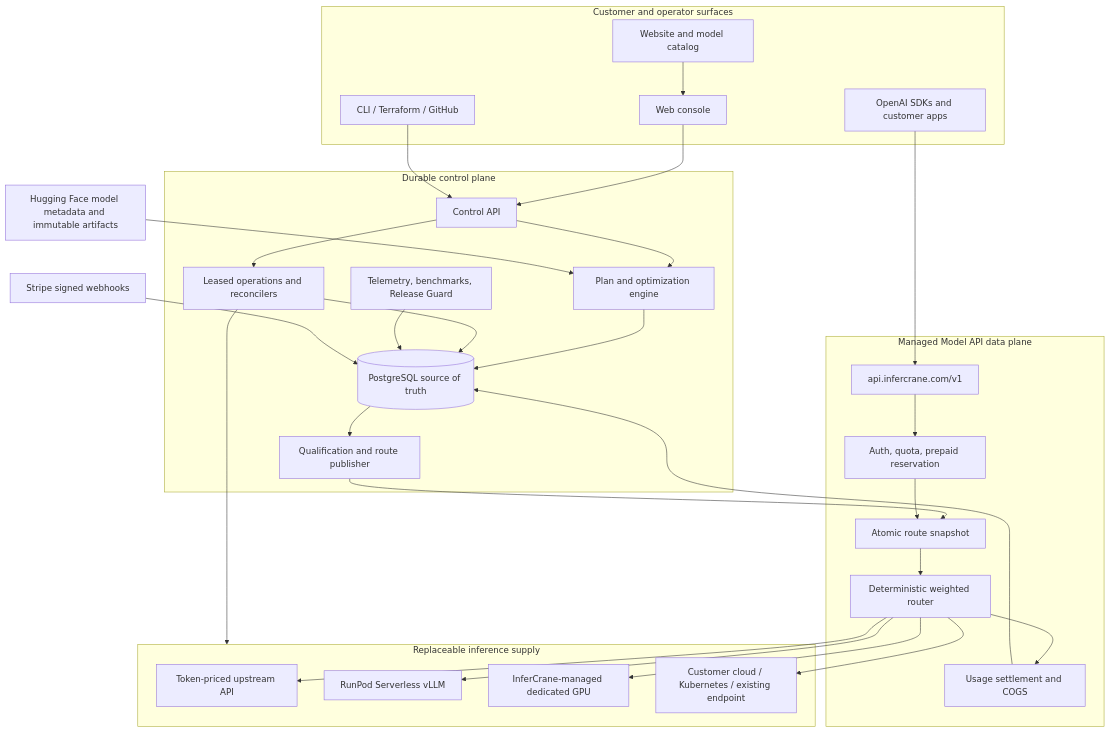
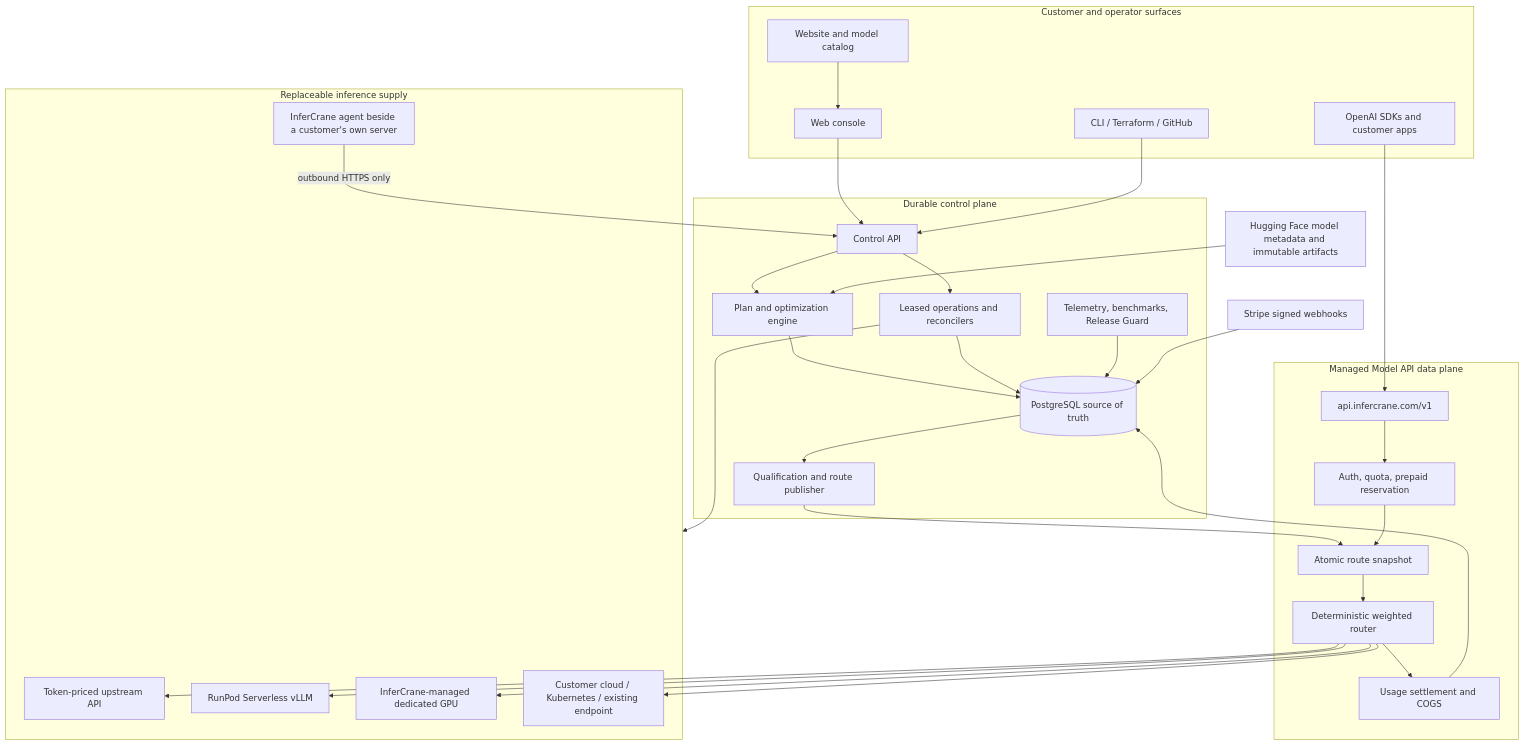
One commit to infercrane/infercrane changed the diagram in docs/architecture/system.mdx. Above: the diagram before and after it, drawn with Mermaid. The commit also changed other lines of this file and 59 other files, not shown here.

````diff
--- a/docs/architecture/system.mdx
+++ b/docs/architecture/system.mdx
@@ -14,61 +14,63 @@
 ```mermaid
 flowchart TB
   subgraph Surfaces[Customer and operator surfaces]
     Site[Website and model catalog]
     Console[Web console]
     Clients[OpenAI SDKs and customer apps]
     Tooling[CLI / Terraform / GitHub]
   end
 
   subgraph Control[Durable control plane]
     API[Control API]
     Planner[Plan and optimization engine]
     Operations[Leased operations and reconcilers]
     Publisher[Qualification and route publisher]
     Evidence[Telemetry, benchmarks, Release Guard]
     DB[(PostgreSQL source of truth)]
   end
 
   subgraph Data[Managed Model API data plane]
     Gateway[api.infercrane.com/v1]
     Admission[Auth, quota, prepaid reservation]
     Snapshot[Atomic route snapshot]
     Router[Deterministic weighted router]
     Settlement[Usage settlement and COGS]
   end
 
   subgraph Supply[Replaceable inference supply]
     Upstream[Token-priced upstream API]
     RunPod[RunPod Serverless vLLM]
     Dedicated[InferCrane-managed dedicated GPU]
     BYOC[Customer cloud / Kubernetes / existing endpoint]
+    Agent[InferCrane agent beside a customer's own server]
   end
 
   Stripe[Stripe signed webhooks]
   HF[Hugging Face model metadata and immutable artifacts]
 
   Site --> Console
   Console --> API
   Tooling --> API
   API --> Planner
   API --> Operations
   Planner --> DB
   Operations --> DB
   Operations --> Supply
   HF --> Planner
   Evidence --> DB
   DB --> Publisher
   Publisher --> Snapshot
 
   Clients --> Gateway
   Gateway --> Admission
   Admission --> Snapshot
   Snapshot --> Router
   Router --> Upstream
   Router --> RunPod
   Router --> Dedicated
   Router --> BYOC
   Router --> Settlement
   Settlement --> DB
   Stripe --> DB
+  Agent -- outbound HTTPS only --> API
 ```
````
